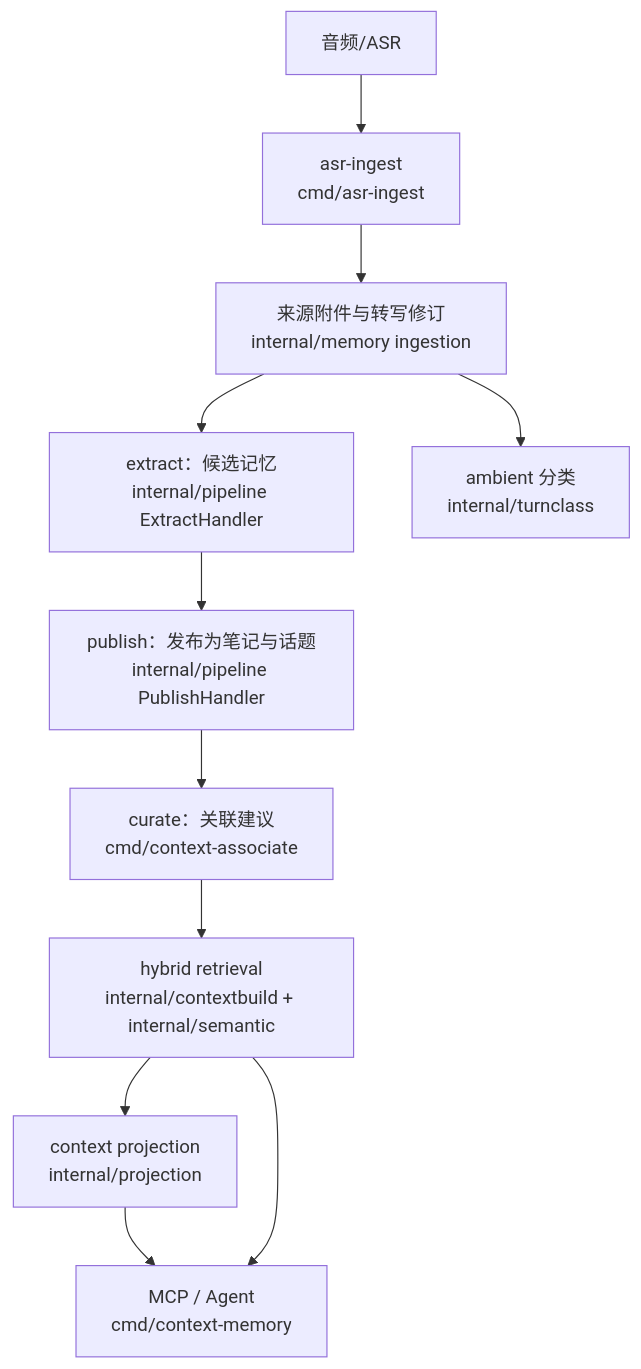
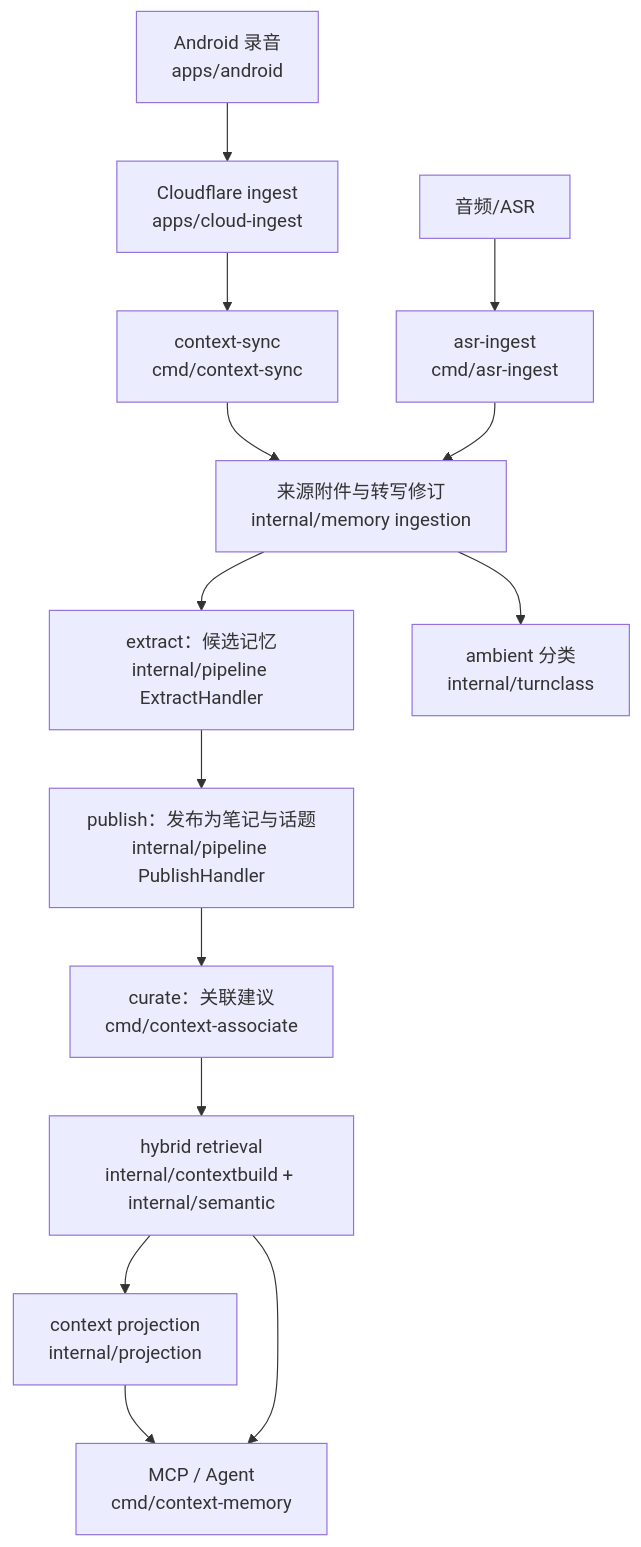
Before and after one commit to evjohn-icu/recording-mcp: the diagram in README.md, drawn with Mermaid. The commit also changed other lines of this file and 4 other files, not shown here.

Commit message:
docs: android build/run guide, cloud deploy/backup, e2e scenarios; README + env example for cloud sync

````diff
--- a/README.md
+++ b/README.md
@@ -9,13 +9,16 @@
 ```mermaid
 flowchart TD
     A[音频/ASR] --> B[asr-ingest<br/>cmd/asr-ingest]
-    B --> C[来源附件与转写修订<br/>internal/memory ingestion]
+    R[Android 录音<br/>apps/android] --> X[Cloudflare ingest<br/>apps/cloud-ingest]
+    X --> S[context-sync<br/>cmd/context-sync]
+    S --> C[来源附件与转写修订<br/>internal/memory ingestion]
+    B --> C
     C --> D[extract：候选记忆<br/>internal/pipeline ExtractHandler]
     D --> E[publish：发布为笔记与话题<br/>internal/pipeline PublishHandler]
     E --> F[curate：关联建议<br/>cmd/context-associate]
     F --> G[hybrid retrieval<br/>internal/contextbuild + internal/semantic]
     C --> H[ambient 分类<br/>internal/turnclass]
     G --> I[context projection<br/>internal/projection]
     I --> J[MCP / Agent<br/>cmd/context-memory]
     G --> J
 ```
````
